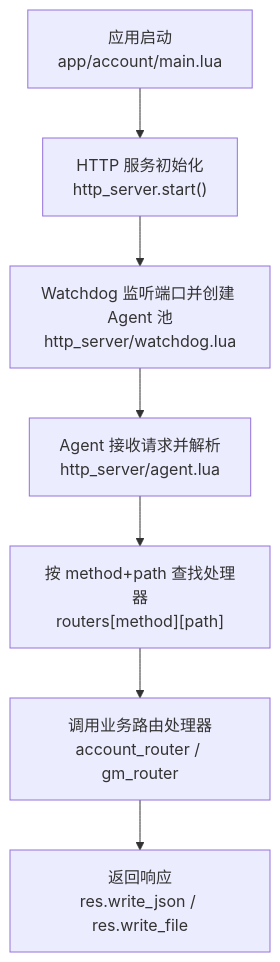
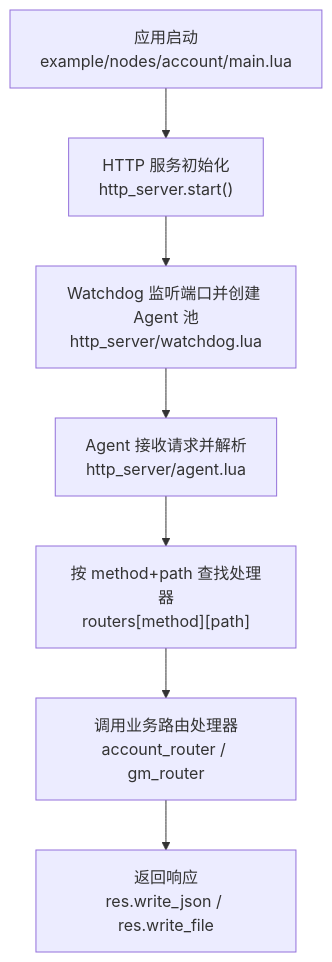
One commit to hanxi/skyext changed the first of 4 diagrams in docs/repowiki/zh/content/核心模块/HTTP 服务器/路由系统.md. Above: the diagram before and after it, drawn with Mermaid. The commit also changed other lines of this file and 117 other files, not shown here.

````diff
--- a/docs/repowiki/zh/content/核心模块/HTTP 服务器/路由系统.md
+++ b/docs/repowiki/zh/content/核心模块/HTTP 服务器/路由系统.md
@@ -39,9 +39,9 @@
 ```mermaid
 graph TB
-A["应用启动<br/>app/account/main.lua"] --> B["HTTP 服务初始化<br/>http_server.start()"]
+A["应用启动<br/>example/nodes/account/main.lua"] --> B["HTTP 服务初始化<br/>http_server.start()"]
 B --> C["Watchdog 监听端口并创建 Agent 池<br/>http_server/watchdog.lua"]
 C --> D["Agent 接收请求并解析<br/>http_server/agent.lua"]
 D --> E["按 method+path 查找处理器<br/>routers[method][path]"]
 E --> F["调用业务路由处理器<br/>account_router / gm_router"]
 F --> G["返回响应<br/>res.write_json / res.write_file"]
 ```
````
